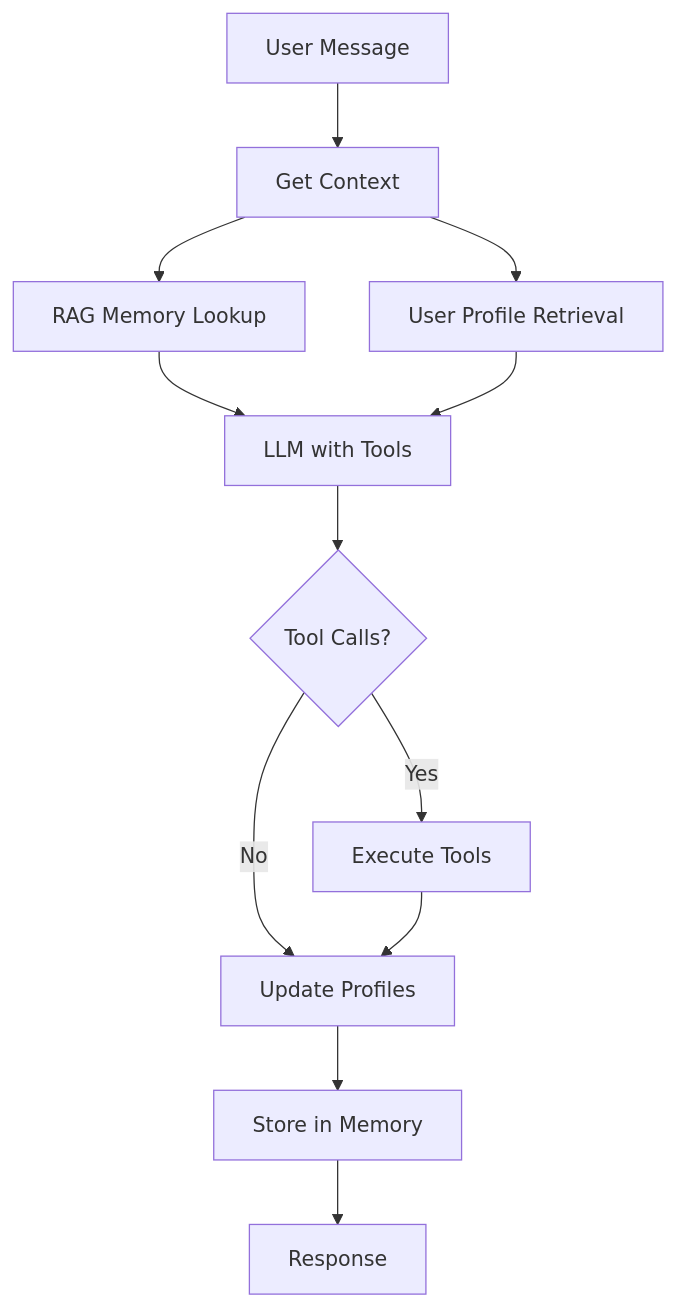
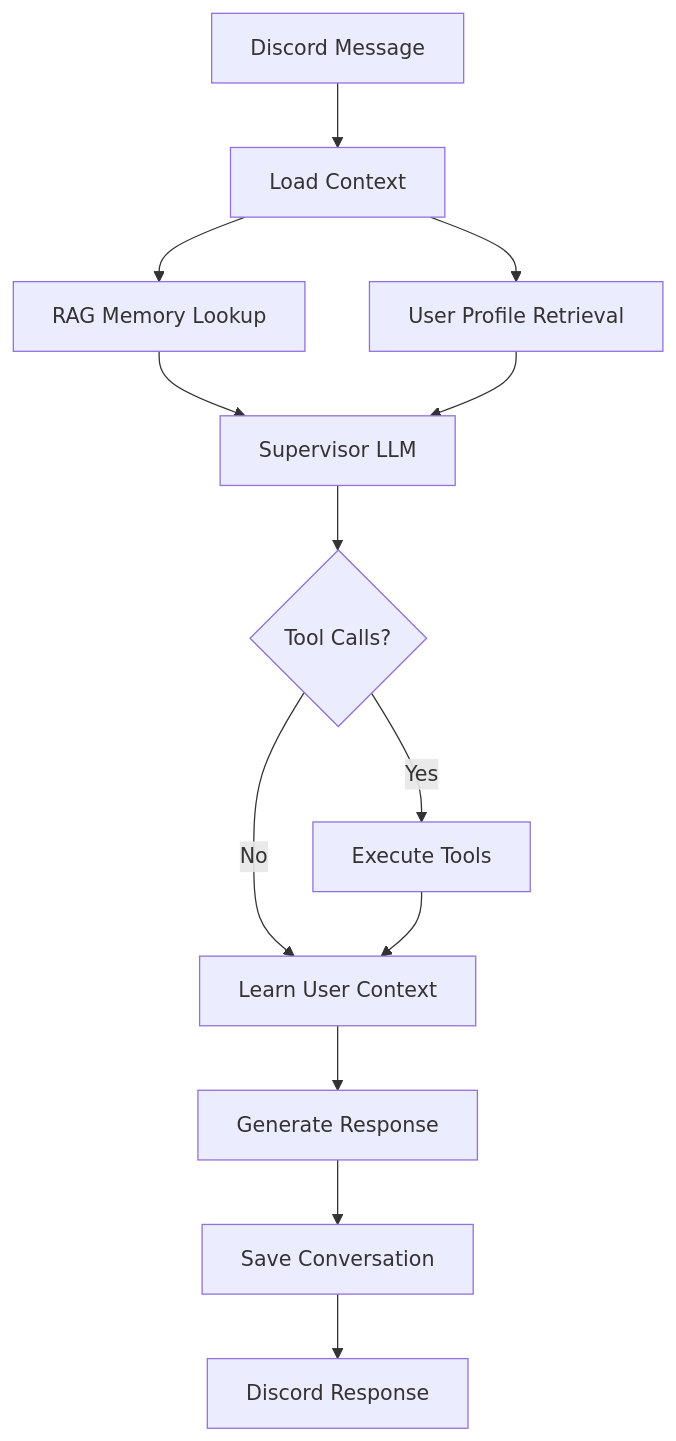
The diagram in README.md (cjonesy/mobo), drawn with Mermaid before and after one commit. The commit also changed other lines of this file, not shown here.

````diff
--- a/README.md
+++ b/README.md
@@ -172,14 +180,15 @@
 ```mermaid
 graph TD
-    A[User Message] --> B[Get Context]
+    A[Discord Message] --> B[Load Context]
     B --> C[RAG Memory Lookup]
     B --> D[User Profile Retrieval]
-    C --> E[LLM with Tools]
+    C --> E[Supervisor LLM]
     D --> E
     E --> F{Tool Calls?}
     F -->|Yes| G[Execute Tools]
-    F -->|No| H[Update Profiles]
+    F -->|No| H[Learn User Context]
     G --> H
-    H --> I[Store in Memory]
-    I --> J[Response]
+    H --> I[Generate Response]
+    I --> J[Save Conversation]
+    J --> K[Discord Response]
 ```
````
